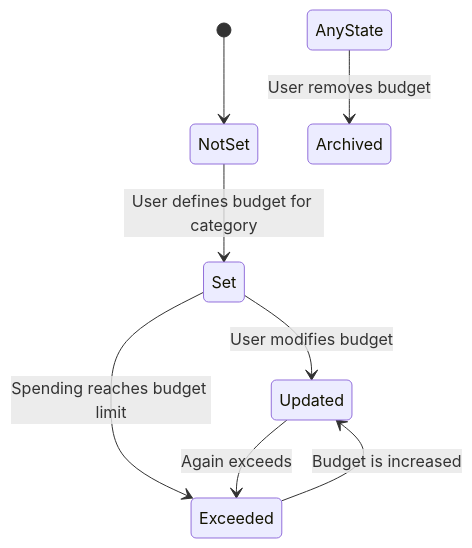
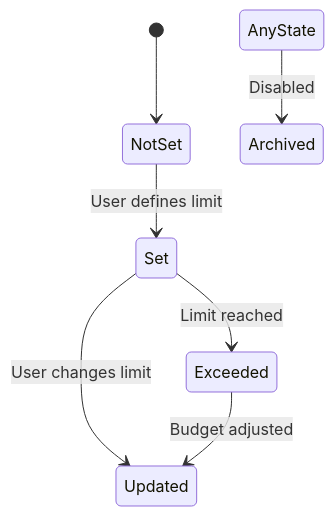
One commit to Wareezy/Budget_Tracker changed the second of 3 diagrams in Assignment_8/STATE_TRANSITION_DIAGRAMS.md. Above: the diagram before and after it, drawn with Mermaid. The commit also changed other lines of this file, not shown here.

````diff
--- a/Assignment_8/STATE_TRANSITION_DIAGRAMS.md
+++ b/Assignment_8/STATE_TRANSITION_DIAGRAMS.md
@@ -19,12 +19,12 @@
 ```mermaid
 
 stateDiagram-v2
     [*] --> NotSet
-    NotSet --> Set : User defines budget for category
-    Set --> Updated : User modifies budget
-    Set --> Exceeded : Spending reaches budget limit
-    Exceeded --> Updated : Budget is increased
-    Updated --> Exceeded : Again exceeds
-    AnyState --> Archived : User removes budget
+    NotSet --> Set : User defines limit
+    Set --> Updated : User changes limit
+    Set --> Exceeded : Limit reached
+    Exceeded --> Updated : Budget adjusted
+    AnyState --> Archived : Disabled
+
 
 ```
````
